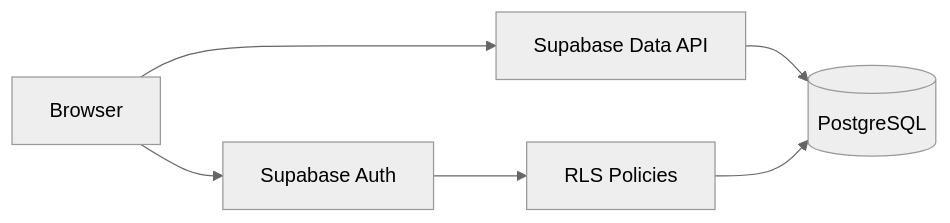
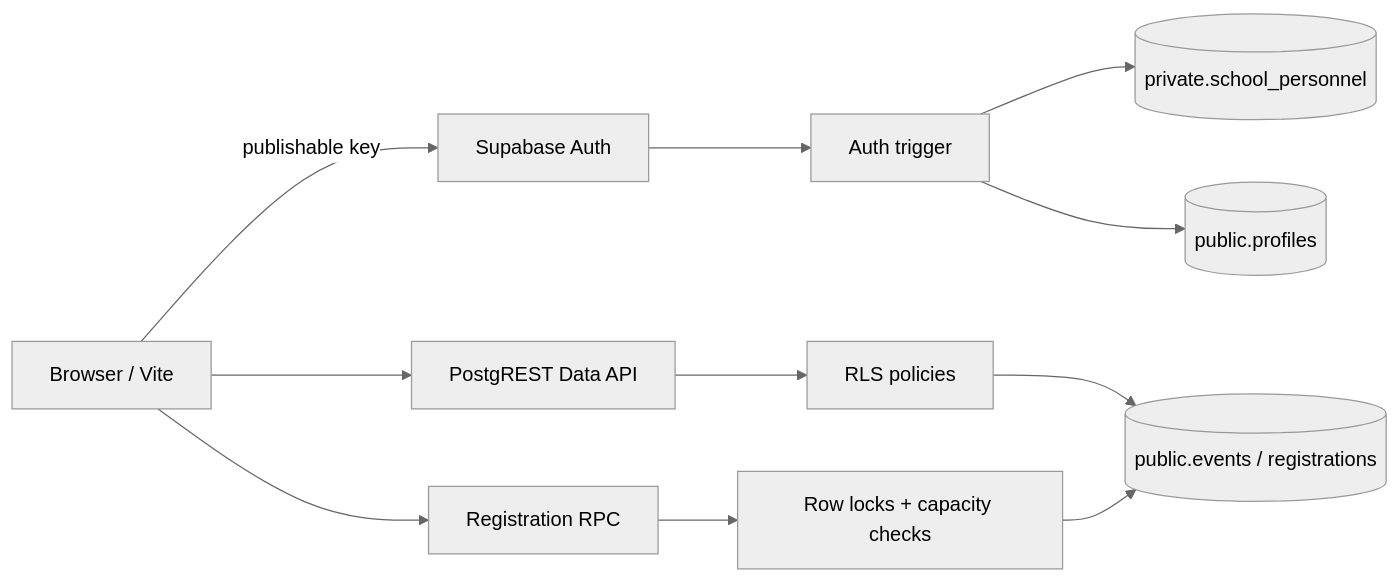
The diagram in README.md (articbay/sustech-campus-events), drawn with Mermaid (neutral theme) before and after one commit. The commit also changed other lines of this file and 18 other files, not shown here.

Commit message:
feat: connect campus events app to Supabase

````diff
--- a/README.md
+++ b/README.md
@@ -43,8 +27,13 @@
 ```mermaid
 flowchart LR
-    A[Browser] --> B[Supabase Auth]
-    A --> C[Supabase Data API]
-    C --> D[(PostgreSQL)]
-    B --> E[RLS Policies]
-    E --> D
+    A[Browser / Vite] -->|publishable key| B[Supabase Auth]
+    A --> C[PostgREST Data API]
+    A --> D[Registration RPC]
+    B --> E[Auth trigger]
+    E --> F[(private.school_personnel)]
+    E --> G[(public.profiles)]
+    C --> H[RLS policies]
+    D --> I[Row locks + capacity checks]
+    H --> J[(public.events / registrations)]
+    I --> J
 ```
````
